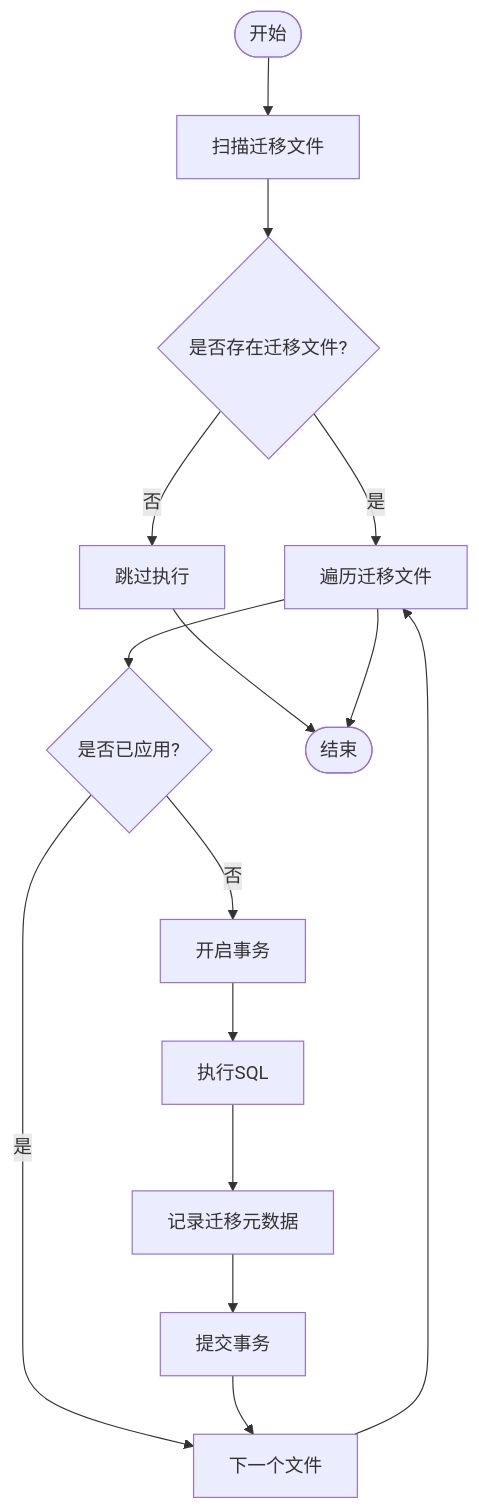
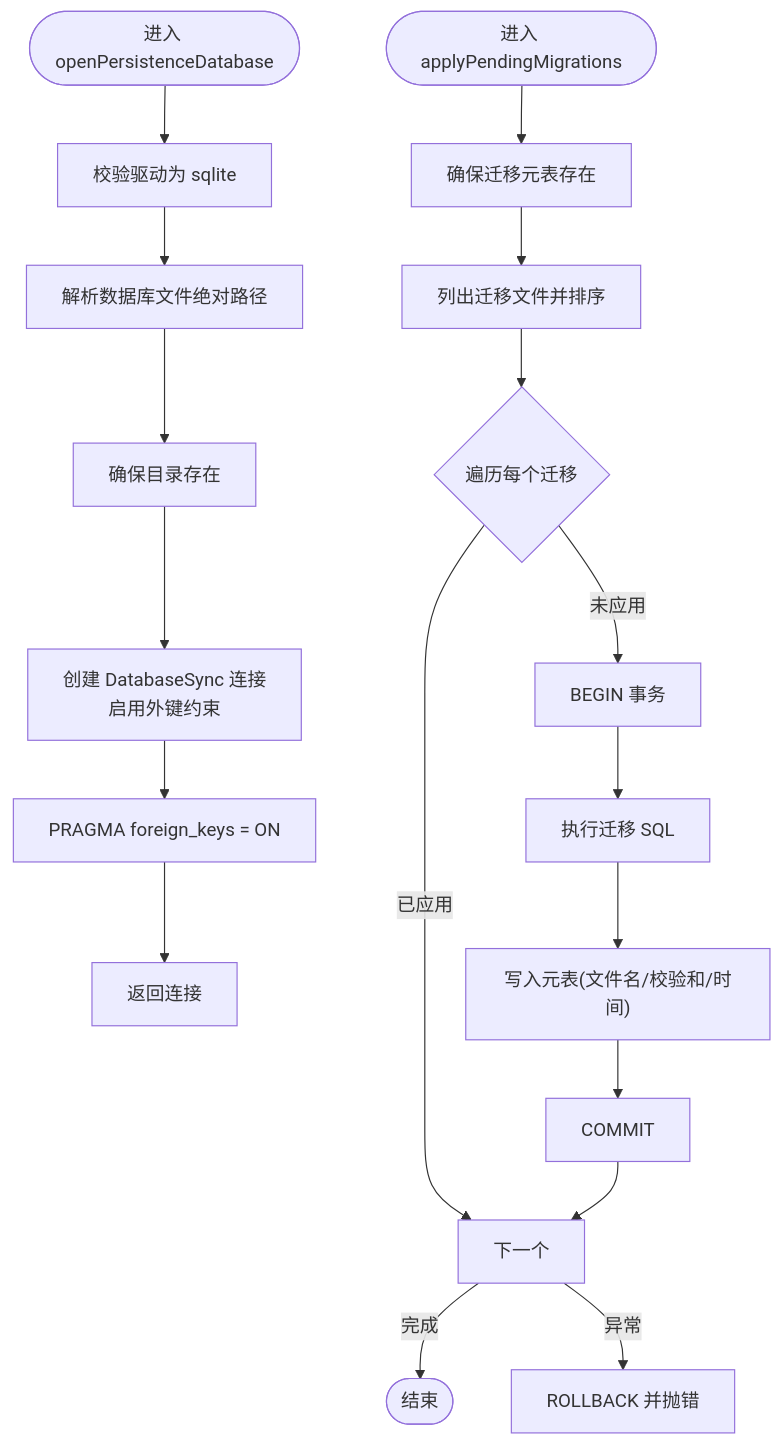
The third of 6 diagrams in .qoder/repowiki/zh/content/配置管理系统/数据库配置.md (Jiane-EJ/playwright-mind), drawn with Mermaid before and after one commit. The commit also changed other lines of this file and 151 other files, not shown here.

````diff
--- a/.qoder/repowiki/zh/content/配置管理系统/数据库配置.md
+++ b/.qoder/repowiki/zh/content/配置管理系统/数据库配置.md
@@ -161,17 +185,20 @@
 ```mermaid
 flowchart TD
-Start(["开始"]) --> Scan["扫描迁移文件"]
-Scan --> HasFile{"是否存在迁移文件?"}
-HasFile --> |否| Skip["跳过执行"]
-HasFile --> |是| Loop["遍历迁移文件"]
-Loop --> Applied{"是否已应用?"}
-Applied --> |是| Next["下一个文件"]
-Applied --> |否| TxBegin["开启事务"]
-TxBegin --> ExecSQL["执行SQL"]
-ExecSQL --> Record["记录迁移元数据"]
-Record --> TxCommit["提交事务"]
-TxCommit --> Next
-Next --> Loop
-Skip --> End(["结束"])
-Loop --> End
+Start(["进入 openPersistenceDatabase"]) --> CheckDriver["校验驱动为 sqlite"]
+CheckDriver --> ResolvePath["解析数据库文件绝对路径"]
+ResolvePath --> EnsureDir["确保目录存在"]
+EnsureDir --> NewConn["创建 DatabaseSync 连接<br/>启用外键约束"]
+NewConn --> EnableFK["PRAGMA foreign_keys = ON"]
+EnableFK --> ReturnConn["返回连接"]
+MStart(["进入 applyPendingMigrations"]) --> EnsureMeta["确保迁移元表存在"]
+EnsureMeta --> ListMig["列出迁移文件并排序"]
+ListMig --> Loop{"遍历每个迁移"}
+Loop --> |已应用| Next["下一个"]
+Loop --> |未应用| TxBegin["BEGIN 事务"]
+TxBegin --> ExecSQL["执行迁移 SQL"]
+ExecSQL --> Record["写入元表(文件名/校验和/时间)"]
+Record --> Commit["COMMIT"]
+Commit --> Next
+Next --> |完成| Done(["结束"])
+Next --> |异常| Rollback["ROLLBACK 并抛错"]
 ```
````
